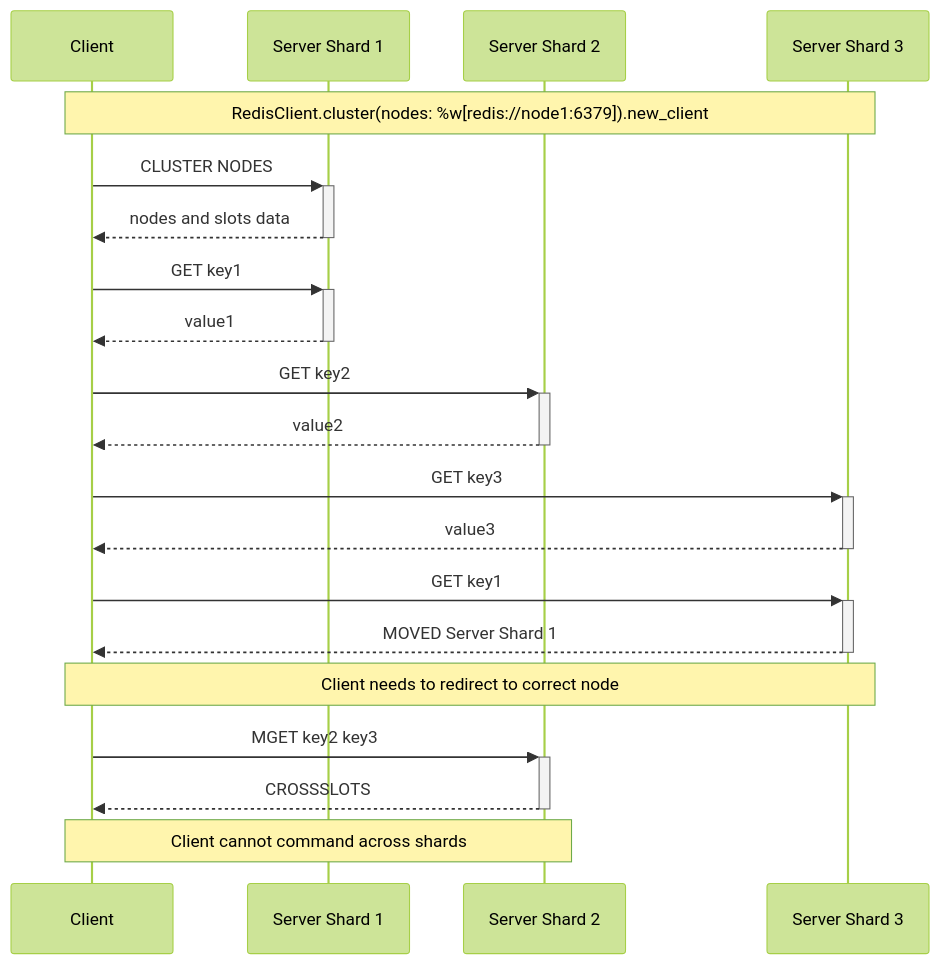
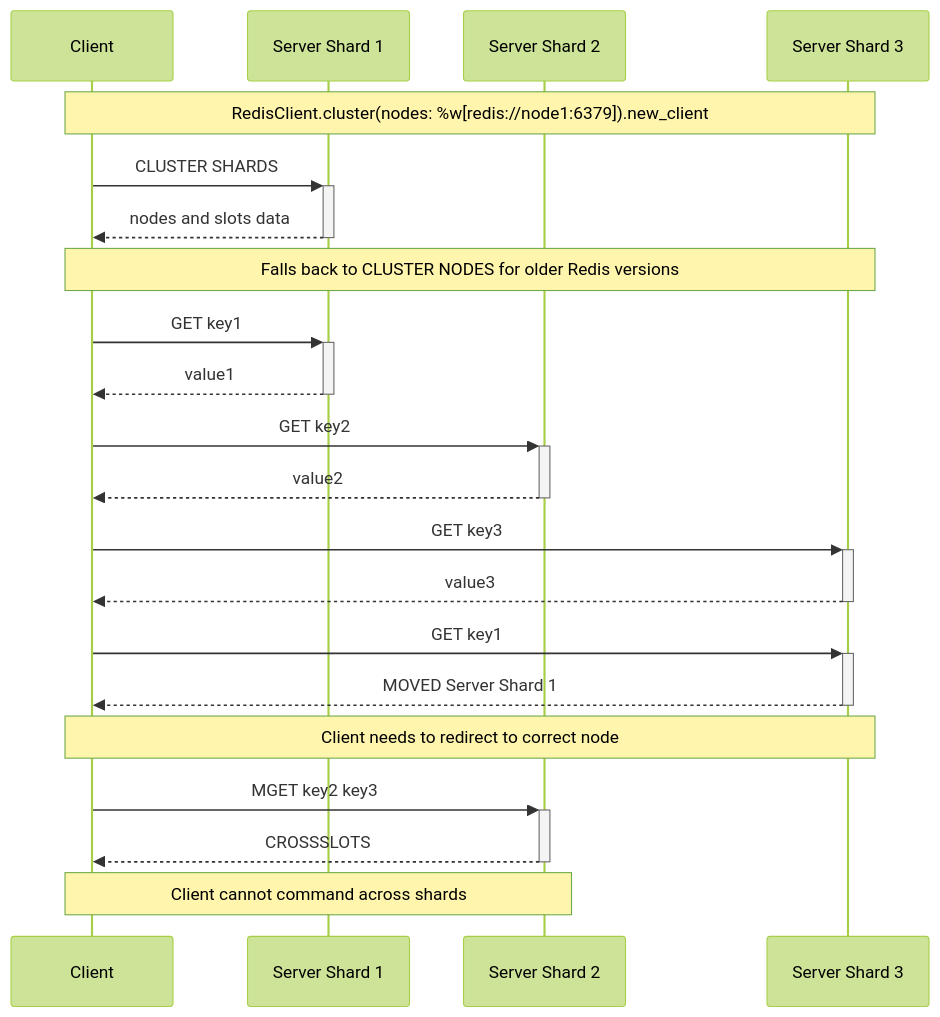
One commit to redis-rb/redis-cluster-client changed the diagram in docs/sequence_diagrams.md. Above: the diagram before and after it, drawn with Mermaid (forest theme). The commit also changed 2 other files, not shown here.

````diff
--- a/docs/sequence_diagrams.md
+++ b/docs/sequence_diagrams.md
@@ -3,22 +3,23 @@
 ```mermaid
 sequenceDiagram
     participant Client
     participant Server Shard 1
     participant Server Shard 2
     participant Server Shard 3
     Note over Client,Server Shard 3: RedisClient.cluster(nodes: %w[redis://node1:6379]).new_client
-    Client->>+Server Shard 1: CLUSTER NODES
+    Client->>+Server Shard 1: CLUSTER SHARDS
     Server Shard 1-->>-Client: nodes and slots data
+    Note over Client,Server Shard 3: Falls back to CLUSTER NODES for older Redis versions
     Client->>+Server Shard 1: GET key1
     Server Shard 1-->>-Client: value1
     Client->>+Server Shard 2: GET key2
     Server Shard 2-->>-Client: value2
     Client->>+Server Shard 3: GET key3
     Server Shard 3-->>-Client: value3
     Client->>+Server Shard 3: GET key1
     Server Shard 3-->>-Client: MOVED Server Shard 1
     Note over Client,Server Shard 3: Client needs to redirect to correct node
     Client->>+Server Shard 2: MGET key2 key3
     Server Shard 2-->>-Client: CROSSSLOTS
     Note over Client,Server Shard 2: Client cannot command across shards
 ```
````
